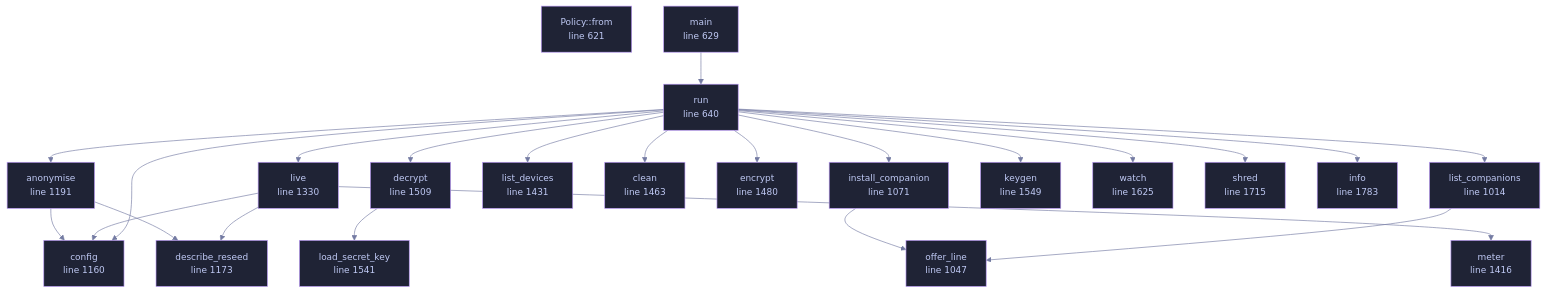
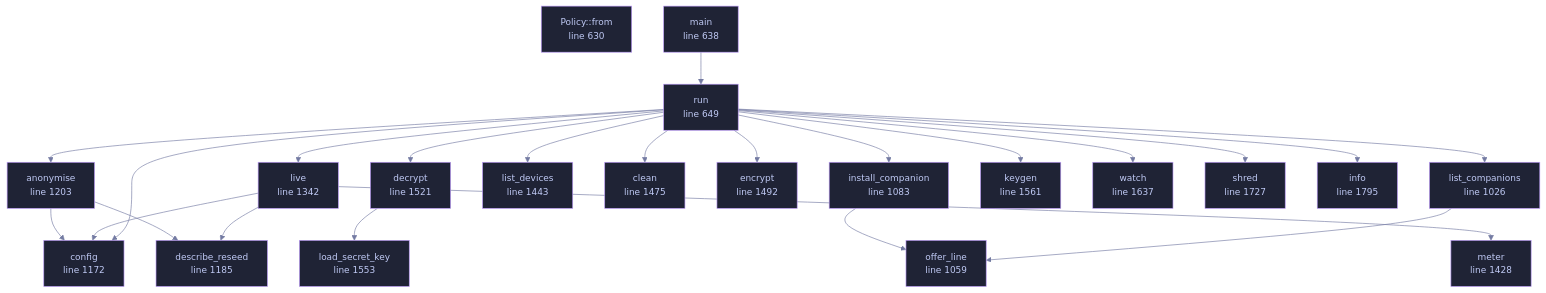
The diagram in docs/files/veilvoice-cli/main.md (tilas01/veilvoice), drawn with Mermaid before and after one commit. The commit also changed other lines of this file and 32 other files, not shown here.

````diff
--- a/docs/files/veilvoice-cli/main.md
+++ b/docs/files/veilvoice-cli/main.md
@@ -115,68 +115,68 @@
 ```mermaid
 %%{init: {"theme":"base","themeVariables":{"background":"#1a1b26","primaryColor":"#1f2335","primaryTextColor":"#c0caf5","primaryBorderColor":"#7aa2f7","secondaryColor":"#16161e","tertiaryColor":"#16161e","lineColor":"#737aa2","textColor":"#c0caf5","mainBkg":"#1f2335","nodeBorder":"#7aa2f7","clusterBkg":"#16161e","clusterBorder":"#2f3549","fontFamily":"ui-monospace, SFMono-Regular, Consolas, monospace","fontSize":"14px"}}}%%
 flowchart TD
-    n_from["Policy::from<br/>line 621"]
-    n_main["main<br/>line 629"]
-    n_run["run<br/>line 640"]
-    n_list_companions["list_companions<br/>line 1014"]
-    n_offer_line["offer_line<br/>line 1047"]
-    n_install_companion["install_companion<br/>line 1071"]
-    n_config["config<br/>line 1160"]
-    n_describe_reseed["describe_reseed<br/>line 1173"]
-    n_anonymise["anonymise<br/>line 1191"]
-    n_live["live<br/>line 1330"]
-    n_meter["meter<br/>line 1416"]
-    n_list_devices["list_devices<br/>line 1431"]
-    n_clean["clean<br/>line 1463"]
-    n_encrypt["encrypt<br/>line 1480"]
-    n_decrypt["decrypt<br/>line 1509"]
-    n_load_secret_key["load_secret_key<br/>line 1541"]
-    n_keygen["keygen<br/>line 1549"]
-    n_watch["watch<br/>line 1625"]
-    n_shred["shred<br/>line 1715"]
-    n_info["info<br/>line 1783"]
+    n_from["Policy::from<br/>line 630"]
+    n_main["main<br/>line 638"]
+    n_run["run<br/>line 649"]
+    n_list_companions["list_companions<br/>line 1026"]
+    n_offer_line["offer_line<br/>line 1059"]
+    n_install_companion["install_companion<br/>line 1083"]
+    n_config["config<br/>line 1172"]
+    n_describe_reseed["describe_reseed<br/>line 1185"]
+    n_anonymise["anonymise<br/>line 1203"]
+    n_live["live<br/>line 1342"]
+    n_meter["meter<br/>line 1428"]
+    n_list_devices["list_devices<br/>line 1443"]
+    n_clean["clean<br/>line 1475"]
+    n_encrypt["encrypt<br/>line 1492"]
+    n_decrypt["decrypt<br/>line 1521"]
+    n_load_secret_key["load_secret_key<br/>line 1553"]
+    n_keygen["keygen<br/>line 1561"]
+    n_watch["watch<br/>line 1637"]
+    n_shred["shred<br/>line 1727"]
+    n_info["info<br/>line 1795"]
     n_anonymise --> n_config
     n_anonymise --> n_describe_reseed
     n_decrypt --> n_load_secret_key
     n_install_companion --> n_offer_line
     n_list_companions --> n_offer_line
     n_live --> n_config
     n_live --> n_describe_reseed
     n_live --> n_meter
     n_main --> n_run
     n_run --> n_anonymise
     n_run --> n_clean
     n_run --> n_config
     n_run --> n_decrypt
     n_run --> n_encrypt
     n_run --> n_info
     n_run --> n_install_companion
     n_run --> n_keygen
     n_run --> n_list_companions
     n_run --> n_list_devices
     n_run --> n_live
     n_run --> n_shred
     n_run --> n_watch
-    click n_from href "https://github.com/tilas01/veilvoice/blob/main/crates/veilvoice-cli/src/main.rs#L621" "open the source"
-    click n_main href "https://github.com/tilas01/veilvoice/blob/main/crates/veilvoice-cli/src/main.rs#L629" "open the source"
-    click n_run href "https://github.com/tilas01/veilvoice/blob/main/crates/veilvoice-cli/src/main.rs#L640" "open the source"
-    click n_list_companions href "https://github.com/tilas01/veilvoice/blob/main/crates/veilvoice-cli/src/main.rs#L1014" "open the source"
-    click n_offer_line href "https://github.com/tilas01/veilvoice/blob/main/crates/veilvoice-cli/src/main.rs#L1047" "open the source"
-    click n_install_companion href "https://github.com/tilas01/veilvoice/blob/main/crates/veilvoice-cli/src/main.rs#L1071" "open the source"
-    click n_config href "https://github.com/tilas01/veilvoice/blob/main/crates/veilvoice-cli/src/main.rs#L1160" "open the source"
-    click n_describe_reseed href "https://github.com/tilas01/veilvoice/blob/main/crates/veilvoice-cli/src/main.rs#L1173" "open the source"
-    click n_anonymise href "https://github.com/tilas01/veilvoice/blob/main/crates/veilvoice-cli/src/main.rs#L1191" "open the source"
-    click n_live href "https://github.com/tilas01/veilvoice/blob/main/crates/veilvoice-cli/src/main.rs#L1330" "open the source"
-    click n_meter href "https://github.com/tilas01/veilvoice/blob/main/crates/veilvoice-cli/src/main.rs#L1416" "open the source"
-    click n_list_devices href "https://github.com/tilas01/veilvoice/blob/main/crates/veilvoice-cli/src/main.rs#L1431" "open the source"
-    click n_clean href "https://github.com/tilas01/veilvoice/blob/main/crates/veilvoice-cli/src/main.rs#L1463" "open the source"
-    click n_encrypt href "https://github.com/tilas01/veilvoice/blob/main/crates/veilvoice-cli/src/main.rs#L1480" "open the source"
-    click n_decrypt href "https://github.com/tilas01/veilvoice/blob/main/crates/veilvoice-cli/src/main.rs#L1509" "open the source"
-    click n_load_secret_key href "https://github.com/tilas01/veilvoice/blob/main/crates/veilvoice-cli/src/main.rs#L1541" "open the source"
-    click n_keygen href "https://github.com/tilas01/veilvoice/blob/main/crates/veilvoice-cli/src/main.rs#L1549" "open the source"
-    click n_watch href "https://github.com/tilas01/veilvoice/blob/main/crates/veilvoice-cli/src/main.rs#L1625" "open the source"
-    click n_shred href "https://github.com/tilas01/veilvoice/blob/main/crates/veilvoice-cli/src/main.rs#L1715" "open the source"
-    click n_info href "https://github.com/tilas01/veilvoice/blob/main/crates/veilvoice-cli/src/main.rs#L1783" "open the source"
+    click n_from href "https://github.com/tilas01/veilvoice/blob/main/crates/veilvoice-cli/src/main.rs#L630" "open the source"
+    click n_main href "https://github.com/tilas01/veilvoice/blob/main/crates/veilvoice-cli/src/main.rs#L638" "open the source"
+    click n_run href "https://github.com/tilas01/veilvoice/blob/main/crates/veilvoice-cli/src/main.rs#L649" "open the source"
+    click n_list_companions href "https://github.com/tilas01/veilvoice/blob/main/crates/veilvoice-cli/src/main.rs#L1026" "open the source"
+    click n_offer_line href "https://github.com/tilas01/veilvoice/blob/main/crates/veilvoice-cli/src/main.rs#L1059" "open the source"
+    click n_install_companion href "https://github.com/tilas01/veilvoice/blob/main/crates/veilvoice-cli/src/main.rs#L1083" "open the source"
+    click n_config href "https://github.com/tilas01/veilvoice/blob/main/crates/veilvoice-cli/src/main.rs#L1172" "open the source"
+    click n_describe_reseed href "https://github.com/tilas01/veilvoice/blob/main/crates/veilvoice-cli/src/main.rs#L1185" "open the source"
+    click n_anonymise href "https://github.com/tilas01/veilvoice/blob/main/crates/veilvoice-cli/src/main.rs#L1203" "open the source"
+    click n_live href "https://github.com/tilas01/veilvoice/blob/main/crates/veilvoice-cli/src/main.rs#L1342" "open the source"
+    click n_meter href "https://github.com/tilas01/veilvoice/blob/main/crates/veilvoice-cli/src/main.rs#L1428" "open the source"
+    click n_list_devices href "https://github.com/tilas01/veilvoice/blob/main/crates/veilvoice-cli/src/main.rs#L1443" "open the source"
+    click n_clean href "https://github.com/tilas01/veilvoice/blob/main/crates/veilvoice-cli/src/main.rs#L1475" "open the source"
+    click n_encrypt href "https://github.com/tilas01/veilvoice/blob/main/crates/veilvoice-cli/src/main.rs#L1492" "open the source"
+    click n_decrypt href "https://github.com/tilas01/veilvoice/blob/main/crates/veilvoice-cli/src/main.rs#L1521" "open the source"
+    click n_load_secret_key href "https://github.com/tilas01/veilvoice/blob/main/crates/veilvoice-cli/src/main.rs#L1553" "open the source"
+    click n_keygen href "https://github.com/tilas01/veilvoice/blob/main/crates/veilvoice-cli/src/main.rs#L1561" "open the source"
+    click n_watch href "https://github.com/tilas01/veilvoice/blob/main/crates/veilvoice-cli/src/main.rs#L1637" "open the source"
+    click n_shred href "https://github.com/tilas01/veilvoice/blob/main/crates/veilvoice-cli/src/main.rs#L1727" "open the source"
+    click n_info href "https://github.com/tilas01/veilvoice/blob/main/crates/veilvoice-cli/src/main.rs#L1795" "open the source"
     classDef helper fill:#1f2335,stroke:#bb9af7,color:#c0caf5
     class n_from,n_main,n_run,n_list_companions,n_offer_line,n_install_companion,n_config,n_describe_reseed,n_anonymise,n_live,n_meter,n_list_devices,n_clean,n_encrypt,n_decrypt,n_load_secret_key,n_keygen,n_watch,n_shred,n_info helper
 ```
````
